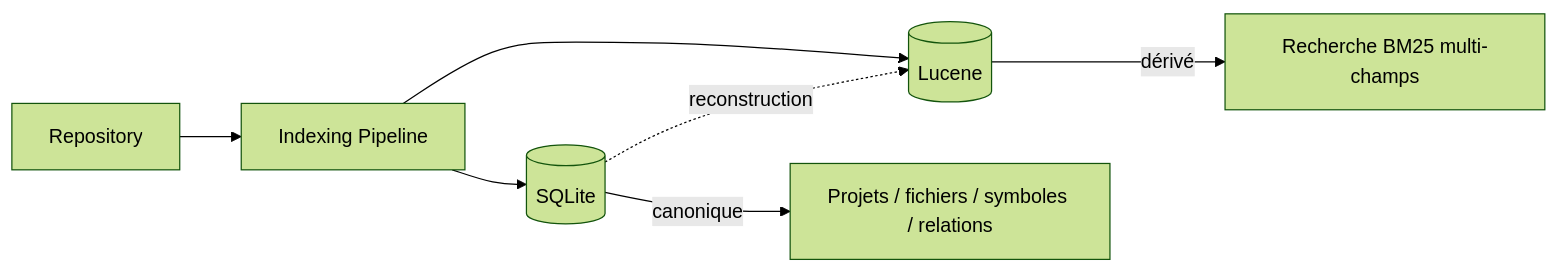
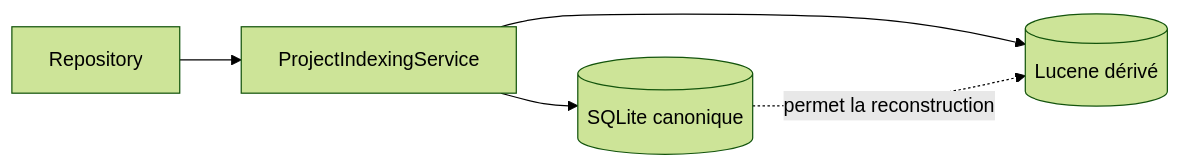
One commit to FTurleque/nexus-context-engine changed the fourth of 5 diagrams in docs/developer/indexing-pipeline.md. Above: the diagram before and after it, drawn with Mermaid (forest theme). The commit also changed other lines of this file, not shown here.

Commit message:
docs(dev): aligner le diagramme d'indexation sur les signatures réelles

````diff
--- a/docs/developer/indexing-pipeline.md
+++ b/docs/developer/indexing-pipeline.md
@@ -382,11 +408,7 @@
 ```mermaid
 flowchart LR
-    SRC[Repository] --> PIPE[Indexing Pipeline]
-    PIPE --> SQL[(SQLite)]
-    PIPE --> LUC[(Lucene)]
-
-    SQL -->|canonique| STRUCT[Projets / fichiers / symboles / relations]
-    LUC -->|dérivé| TEXT[Recherche BM25 multi-champs]
-
-    SQL -. reconstruction .-> LUC
+    SRC[Repository] --> PIPE[ProjectIndexingService]
+    PIPE --> SQL[(SQLite canonique)]
+    PIPE --> LUC[(Lucene dérivé)]
+    SQL -. permet la reconstruction .-> LUC
 ```
````
